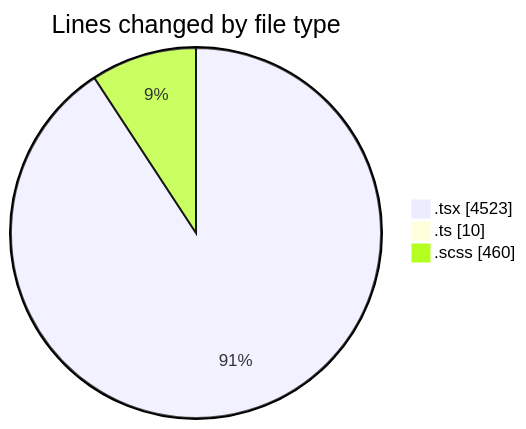
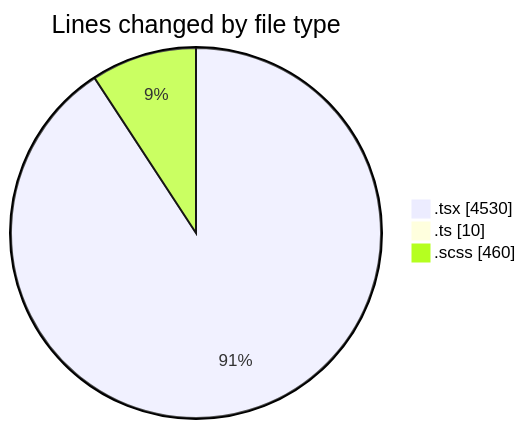
The first of 2 diagrams in 2025-11-17/cda/README.md (momahboobian/code-tracking), drawn with Mermaid before and after one commit. The commit also changed other lines of this file and 1 other file, not shown here.

````diff
--- a/2025-11-17/cda/README.md
+++ b/2025-11-17/cda/README.md
@@ -30,7 +30,7 @@
 ```mermaid
 pie showData
 title Lines changed by file type
-".tsx" : 4523
+".tsx" : 4530
 ".ts" : 10
 ".scss" : 460
 ```
````
